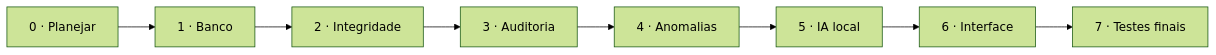
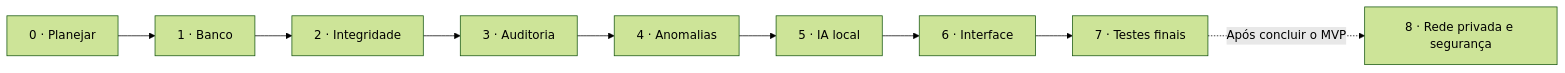
One commit to lianeheidemann/ai-privileged-access changed the diagram in docs/README.md. Above: the diagram before and after it, drawn with Mermaid (forest theme). The commit also changed other lines of this file, not shown here.

````diff
--- a/docs/README.md
+++ b/docs/README.md
@@ -9,10 +9,11 @@
 ```mermaid
 flowchart LR
     A["0 · Planejar"] --> B["1 · Banco"]
     B --> C["2 · Integridade"]
     C --> D["3 · Auditoria"]
     D --> E["4 · Anomalias"]
     E --> F["5 · IA local"]
     F --> G["6 · Interface"]
     G --> H["7 · Testes finais"]
+    H -. "Após concluir o MVP" .-> I["8 · Rede privada e segurança"]
 ```
````
